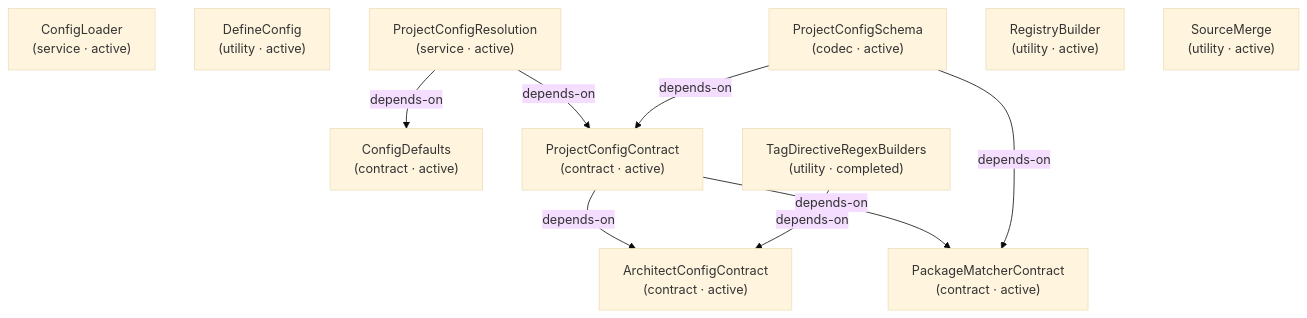
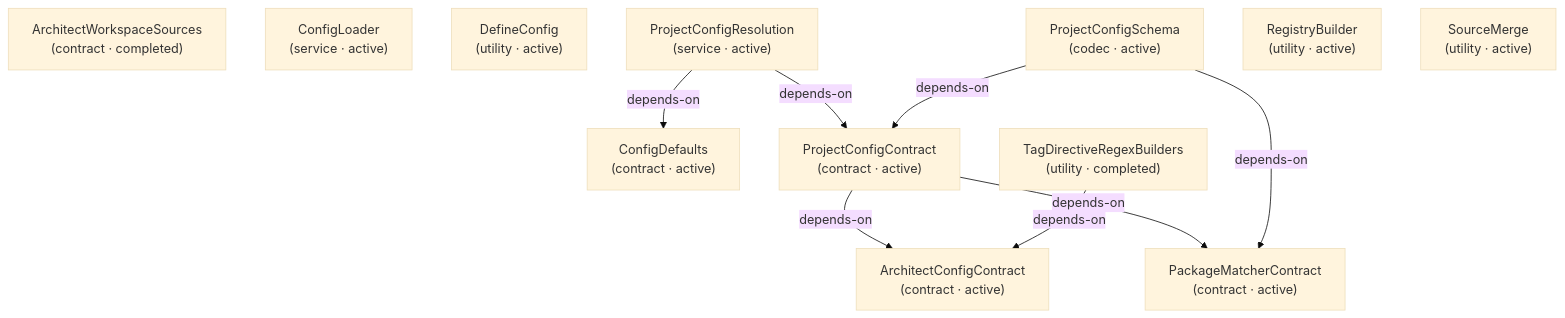
One commit to libar-dev/architect changed the fifth of 24 diagrams in docs-live/DESIGN-REVIEW.md. Above: the diagram before and after it, drawn with Mermaid (base theme). The commit also changed other lines of this file and 185 other files, not shown here.

Commit message:
refactor(architect): replace facade with frozen graph handle

````diff
--- a/docs-live/DESIGN-REVIEW.md
+++ b/docs-live/DESIGN-REVIEW.md
@@ -193,21 +190,22 @@
 ```mermaid
 graph TD
   architectconfigcontract["ArchitectConfigContract<br/>(contract · active)"]
+  architectworkspacesources["ArchitectWorkspaceSources<br/>(contract · completed)"]
   configdefaults["ConfigDefaults<br/>(contract · active)"]
   configloader["ConfigLoader<br/>(service · active)"]
   defineconfig["DefineConfig<br/>(utility · active)"]
   packagematchercontract["PackageMatcherContract<br/>(contract · active)"]
   projectconfigcontract["ProjectConfigContract<br/>(contract · active)"]
   projectconfigresolution["ProjectConfigResolution<br/>(service · active)"]
   projectconfigschema["ProjectConfigSchema<br/>(codec · active)"]
   registrybuilder["RegistryBuilder<br/>(utility · active)"]
   sourcemerge["SourceMerge<br/>(utility · active)"]
   tagdirectiveregexbuilders["TagDirectiveRegexBuilders<br/>(utility · completed)"]
   projectconfigcontract -->|depends-on| architectconfigcontract
   projectconfigcontract -->|depends-on| packagematchercontract
   projectconfigresolution -->|depends-on| configdefaults
   projectconfigresolution -->|depends-on| projectconfigcontract
   projectconfigschema -->|depends-on| packagematchercontract
   projectconfigschema -->|depends-on| projectconfigcontract
   tagdirectiveregexbuilders -->|depends-on| architectconfigcontract
 ```
````
